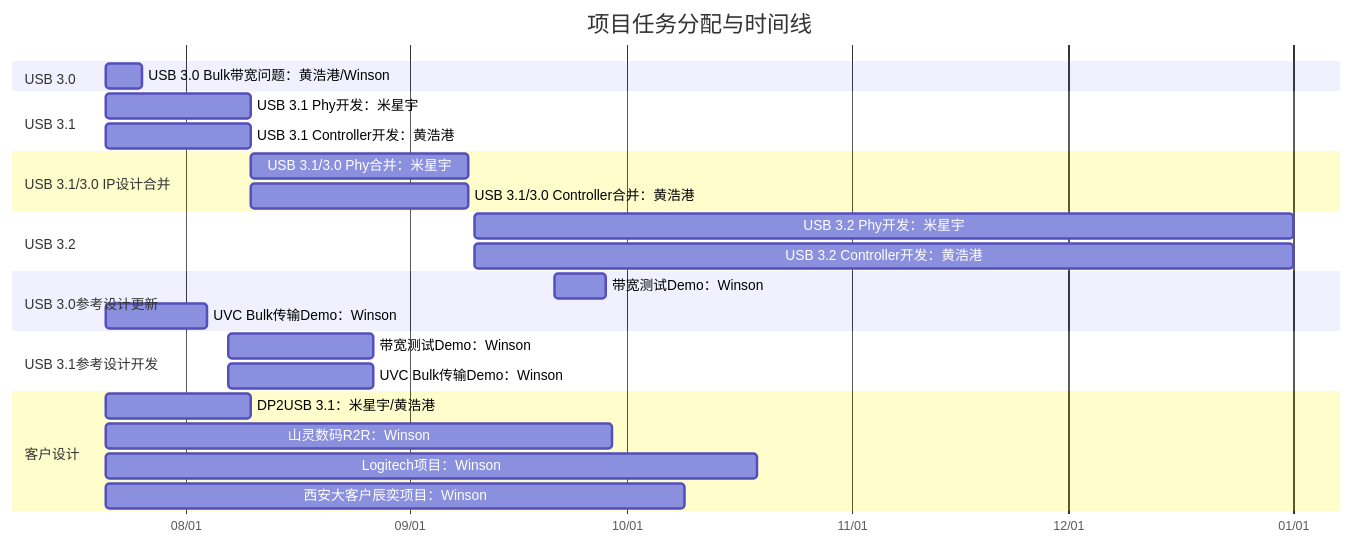
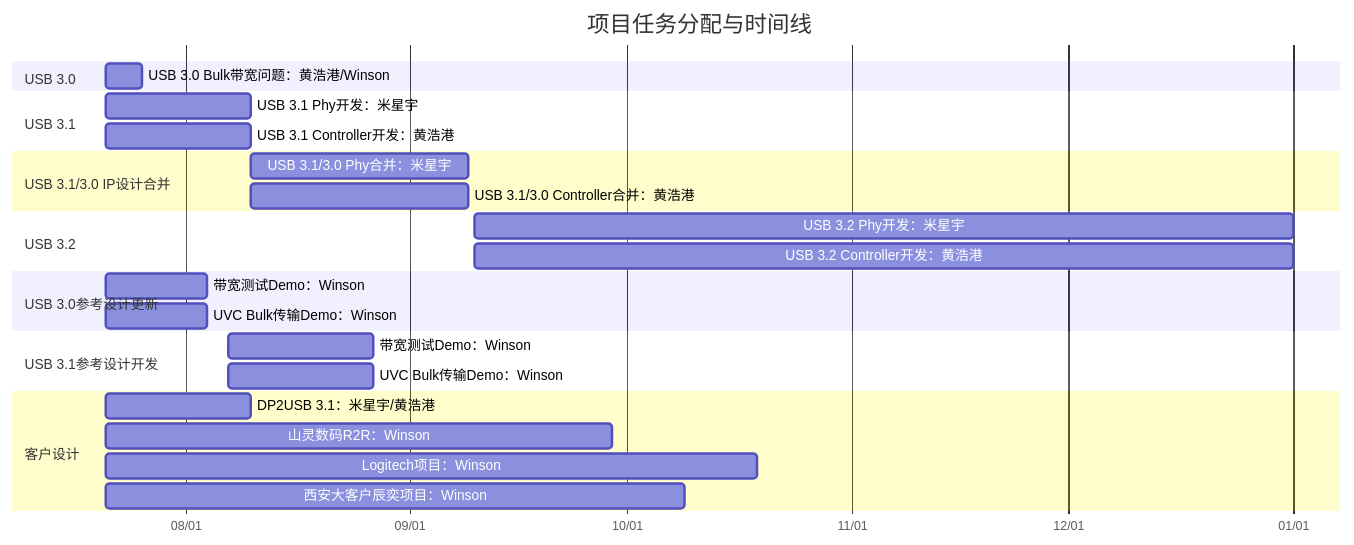
The diagram in all/未命名.md (winsonbook/iodraw-files), drawn with Mermaid before and after one commit.

Commit message:
2025-07-21 10:16:28 update

````diff
--- a/all/未命名.md
+++ b/all/未命名.md
@@ -1,35 +1,35 @@
 ```mermaid
 gantt
     title 项目任务分配与时间线
     dateFormat  YYYY-MM-DD
     axisFormat  %m/%d
 
     section USB 3.0
     USB 3.0 Bulk带宽问题：黄浩港/Winson   :    task1, 2025-07-21, 5d
 
     section USB 3.1
     USB 3.1 Phy开发：米星宇      :         task2, 2025-07-21, 20d
     USB 3.1 Controller开发：黄浩港      :  task3, 2025-07-21, 20d
 
     section USB 3.1/3.0 IP设计合并
     USB 3.1/3.0 Phy合并：米星宇       :    task4, 2025-08-10, 30d
     USB 3.1/3.0 Controller合并：黄浩港:    task5, 2025-08-10, 30d
 
     section USB 3.2
     USB 3.2 Phy开发：米星宇      :         task2, 2025-09-10, 113d
     USB 3.2 Controller开发：黄浩港      :  task3, 2025-09-10, 113d
 
     section USB 3.0参考设计更新
-    带宽测试Demo：Winson       :         task6, 2025-09-21, 7d
+    带宽测试Demo：Winson       :         task6, 2025-07-21, 14d
     UVC Bulk传输Demo：Winson   :        task7, 2025-07-21, 14d
 
     section USB 3.1参考设计开发
     带宽测试Demo：Winson       :         task8, 2025-08-07, 20d
     UVC Bulk传输Demo：Winson   :         task9, 2025-08-07, 20d
 
     section 客户设计
     DP2USB 3.1：米星宇/黄浩港      :task10, 2025-07-21, 20d
     山灵数码R2R：Winson :             task11, 2025-07-21, 70d
     Logitech项目：Winson :            task12, 2025-07-21, 90d
     西安大客户辰奕项目：Winson :       task13, 2025-07-21, 80d
 ```
````
